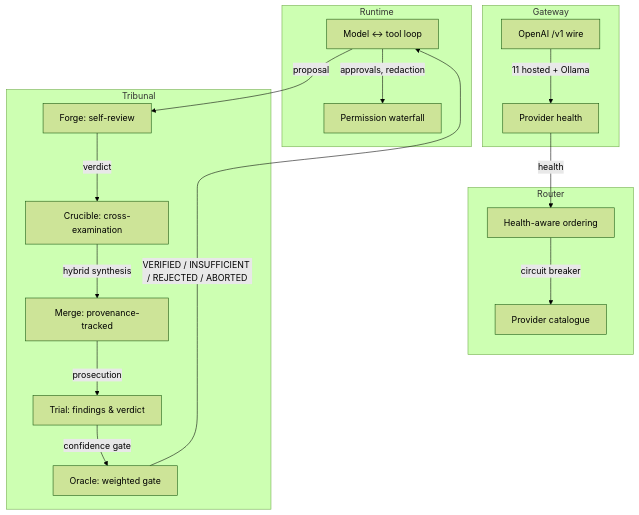
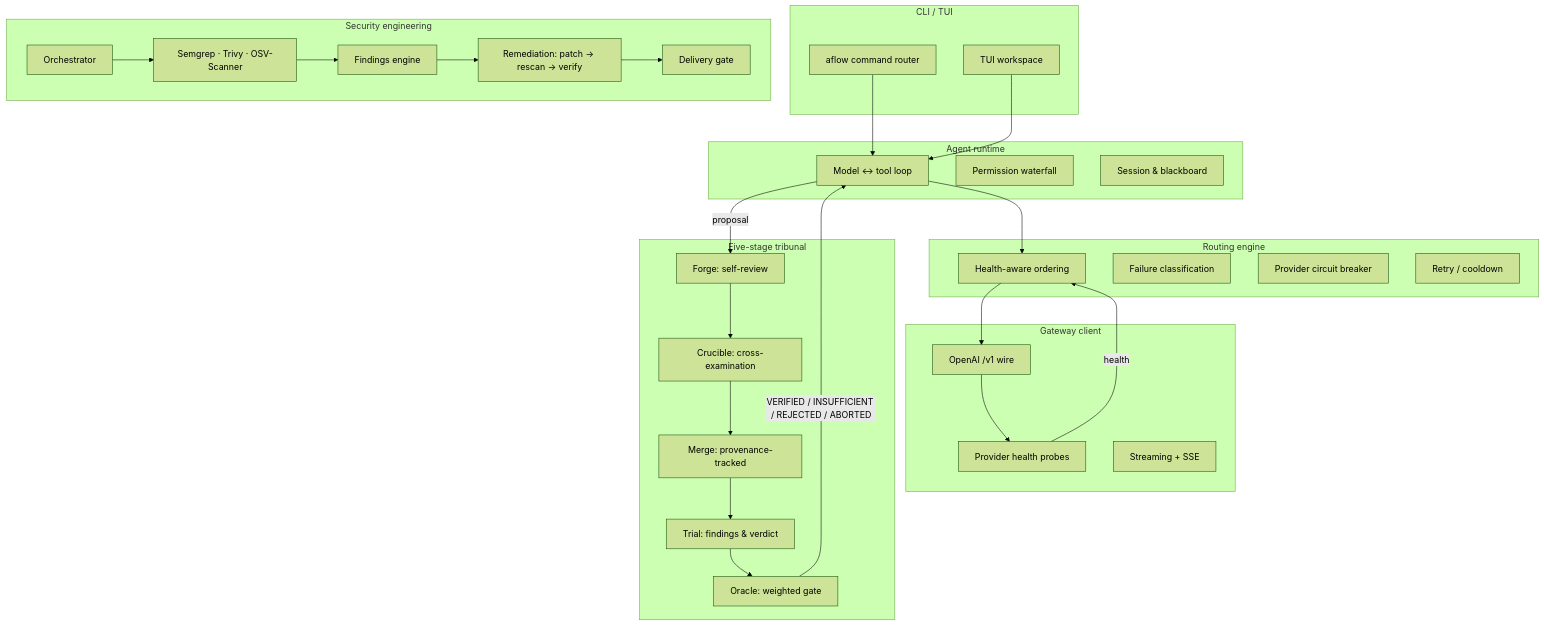
One commit to anand-cpp/AgentFlow changed the diagram in README.md. Above: the diagram before and after it, drawn with Mermaid (forest theme). The commit also changed other lines of this file, not shown here.

````diff
--- a/README.md
+++ b/README.md
@@ -27,21 +27,56 @@
 ```mermaid
 flowchart TD
-    subgraph Runtime
-        R1[Model ↔ tool loop] -->|approvals, redaction| R2[Permission waterfall]
+    subgraph CLI["CLI / TUI"]
+        C1[aflow command router]
+        C2[TUI workspace]
     end
-    subgraph Router
-        R3[Health-aware ordering] -->|circuit breaker| R4[Provider catalogue]
+
+    subgraph Runtime["Agent runtime"]
+        R1[Model ↔ tool loop]
+        R2[Permission waterfall]
+        R3[Session & blackboard]
     end
-    subgraph Gateway
-        G1[OpenAI /v1 wire] -->|11 hosted + Ollama| G2[Provider health]
+
+    subgraph Router["Routing engine"]
+        D1[Health-aware ordering]
+        D2[Failure classification]
+        D3[Provider circuit breaker]
+        D4[Retry / cooldown]
     end
-    subgraph Tribunal
-        T1[Forge: self-review] -->|verdict| T2[Crucible: cross-examination]
-        T2 -->|hybrid synthesis| T3[Merge: provenance-tracked]
-        T3 -->|prosecution| T4[Trial: findings & verdict]
-        T4 -->|confidence gate| T5[Oracle: weighted gate]
+
+    subgraph Gateway["Gateway client"]
+        G1[OpenAI /v1 wire]
+        G2[Provider health probes]
+        G3[Streaming + SSE]
     end
+
+    subgraph Tribunal["Five-stage tribunal"]
+        T1[Forge: self-review]
+        T2[Crucible: cross-examination]
+        T3[Merge: provenance-tracked]
+        T4[Trial: findings & verdict]
+        T5[Oracle: weighted gate]
+    end
+
+    subgraph Security["Security engineering"]
+        S1[Orchestrator]
+        S2[Semgrep · Trivy · OSV-Scanner]
+        S3[Findings engine]
+        S4[Remediation: patch → rescan → verify]
+        S5[Delivery gate]
+    end
+
+    C1 --> R1
+    C2 --> R1
+    R1 --> D1
+    D1 --> G1
+    G1 --> G2
+    T1 --> T2 --> T3 --> T4 --> T5
     R1 -->|proposal| T1
-    G2 -->|health| R3
+    G2 -->|health| D1
     T5 -->|VERIFIED / INSUFFICIENT / REJECTED / ABORTED| R1
+    S1 --> S2
+    S2 --> S3
+    S3 --> S4
+    S4 --> S5
 ```
````
